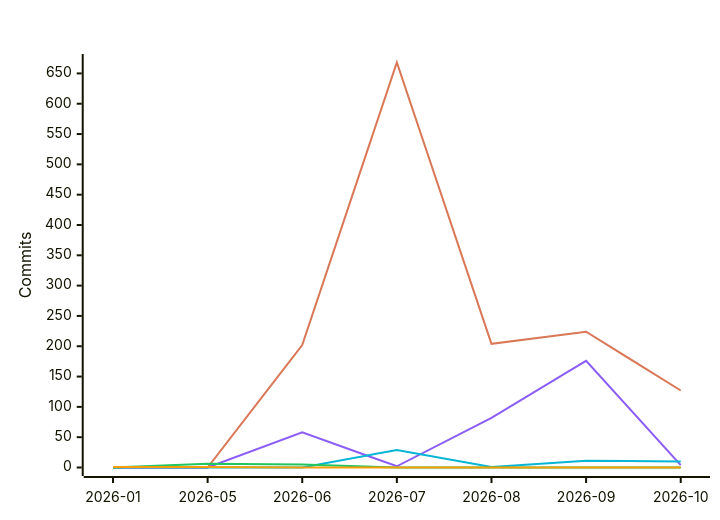
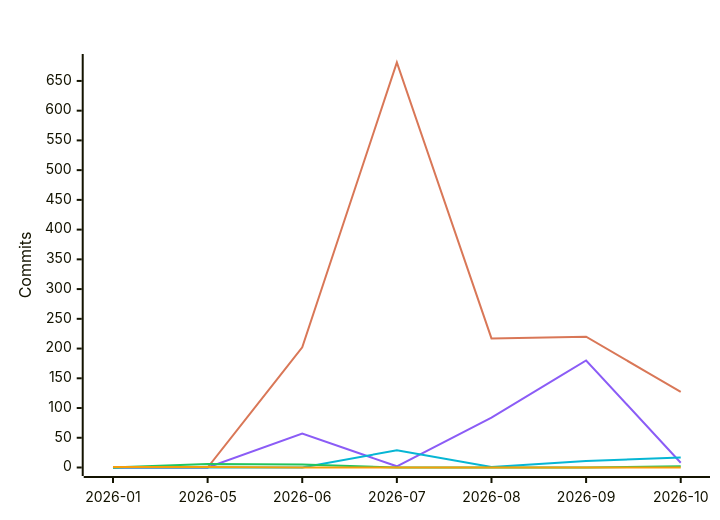
One commit to polo-nyan/polo-nyan changed the fifth of 7 diagrams in README.md. Above: the diagram before and after it, drawn with Mermaid. The commit also changed other lines of this file and 1 other file, not shown here.

````diff
--- a/README.md
+++ b/README.md
@@ -313,12 +313,12 @@
 ```mermaid
 %%{init: {"xyChart": {"titleColor": "#ffffff", "xAxisLabelColor": "#ffffff", "yAxisLabelColor": "#ffffff"}, "themeVariables": {"xyChart": {"titleColor": "#ffffff", "plotColorPalette": "#d97757, #8b5cf6, #06b6d4, #22c55e, #f59e0b, #ec4899"}}}}%%
 xychart-beta
     title "Commits Per Month by Model Family"
     x-axis ["2026-01", "2026-05", "2026-06", "2026-07", "2026-08", "2026-09", "2026-10"]
     y-axis "Commits"
-    line [0, 0, 202, 668, 204, 224, 127]
-    line [0, 0, 58, 2, 82, 176, 4]
-    line [0, 0, 0, 29, 1, 11, 10]
-    line [0, 6, 5, 0, 0, 0, 0]
+    line [0, 0, 202, 681, 217, 220, 127]
+    line [0, 0, 57, 2, 84, 180, 8]
+    line [0, 0, 0, 29, 1, 11, 17]
+    line [0, 6, 5, 0, 0, 0, 2]
     line [1, 1, 0, 0, 0, 0, 0]
 ```
````
